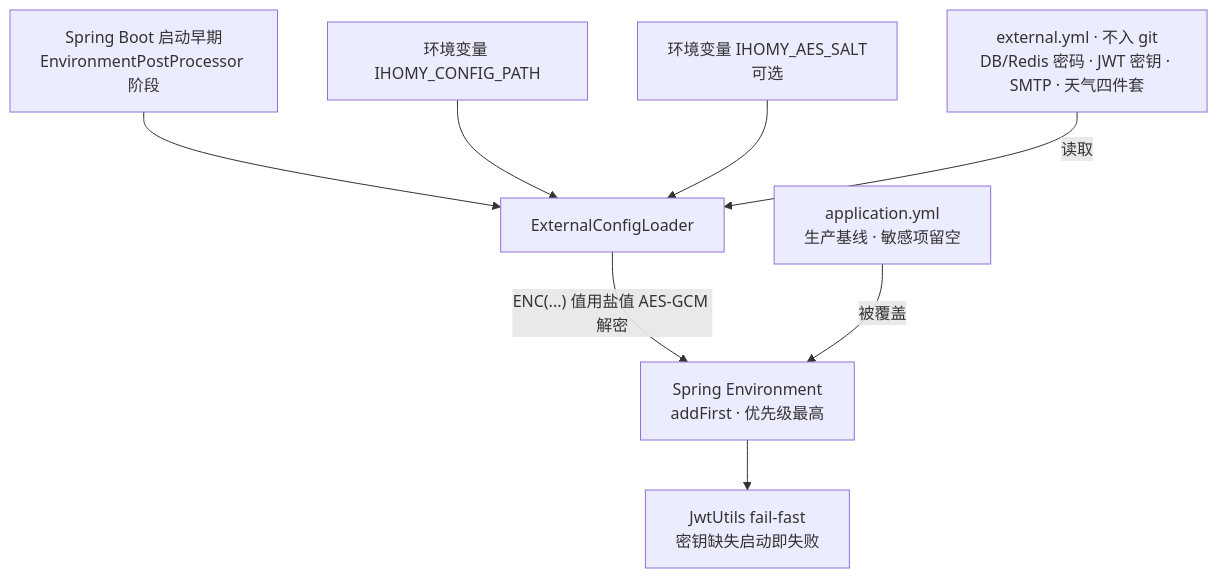
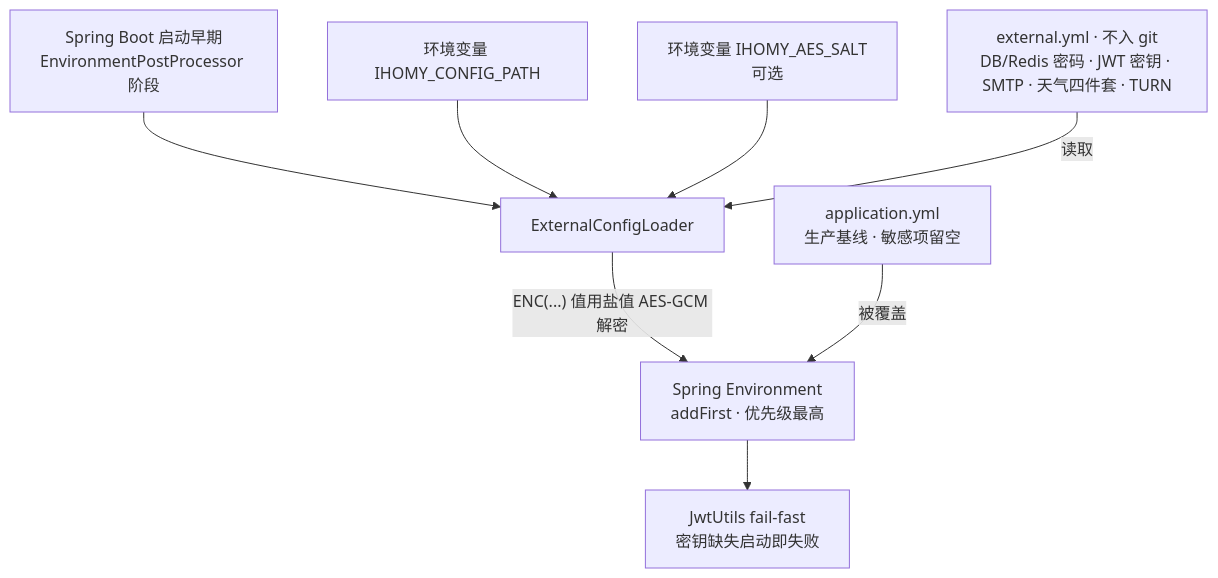
Before and after one commit to chillyice/ihomy: the fifth of 11 diagrams in docs/架构设计.md, drawn with Mermaid. The commit also changed other lines of this file and 13 other files, not shown here.

````diff
--- a/docs/架构设计.md
+++ b/docs/架构设计.md
@@ -143,10 +164,10 @@
 ```mermaid
 flowchart TB
     START["Spring Boot 启动早期<br/>EnvironmentPostProcessor 阶段"] --> LOAD["ExternalConfigLoader"]
     PATH["环境变量 IHOMY_CONFIG_PATH"] --> LOAD
     SALT["环境变量 IHOMY_AES_SALT<br/>可选"] --> LOAD
-    FILE["external.yml · 不入 git<br/>DB/Redis 密码 · JWT 密钥 · SMTP · 天气四件套"] -->|"读取"| LOAD
+    FILE["external.yml · 不入 git<br/>DB/Redis 密码 · JWT 密钥 · SMTP · 天气四件套 · TURN"] -->|"读取"| LOAD
     LOAD -->|"ENC(...) 值用盐值 AES-GCM 解密"| MERGE["Spring Environment<br/>addFirst · 优先级最高"]
     BASE["application.yml<br/>生产基线 · 敏感项留空"] -->|"被覆盖"| MERGE
     MERGE --> FAIL["JwtUtils fail-fast<br/>密钥缺失启动即失败"]
 ```
````
